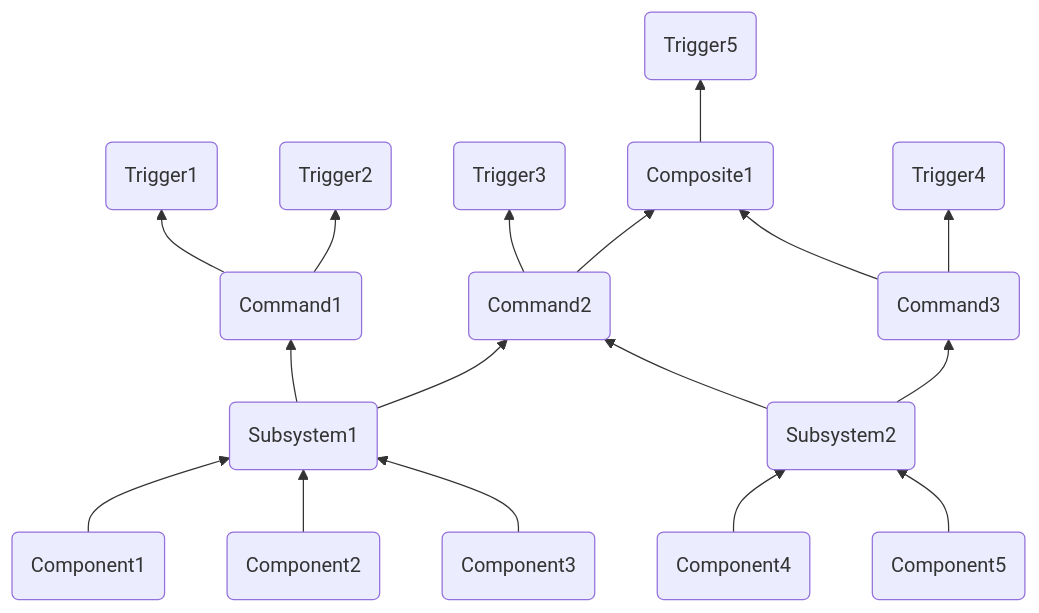
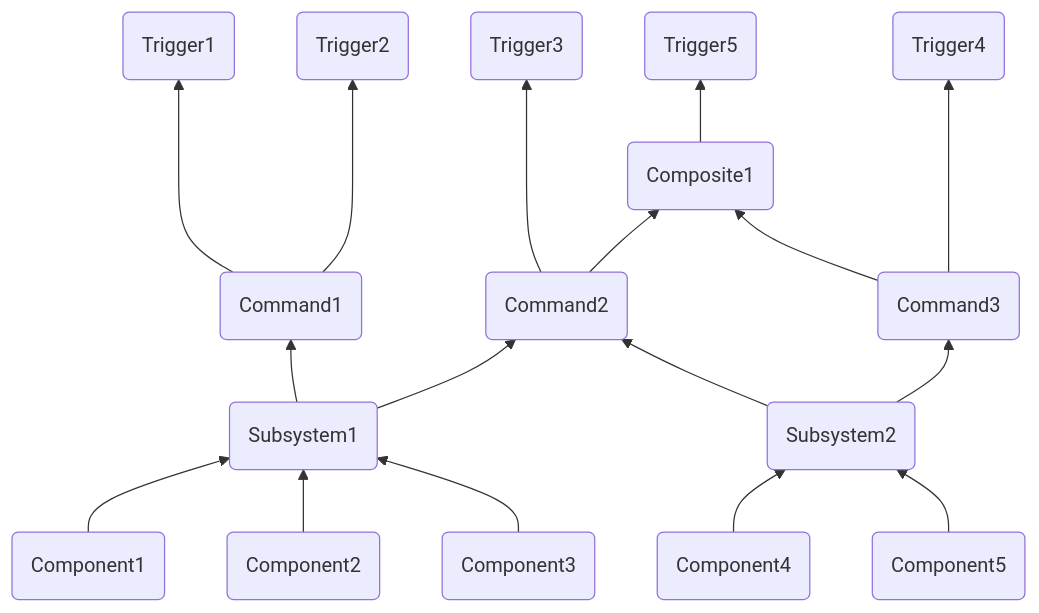
One commit to Brown-County-FIRST-Robotics/1716-2024-robot changed the diagram in docs/command_based.md. Above: the diagram before and after it, drawn with Mermaid.

Commit message:
Made the Mermaid diagram look nicer

````diff
--- a/docs/command_based.md
+++ b/docs/command_based.md
@@ -63,21 +63,21 @@
 ```mermaid
 flowchart BT
     c1(Component1) --> s1(Subsystem1)
     c2(Component2) --> s1
     c3(Component3) --> s1
     c4(Component4) --> s2(Subsystem2)
     c5(Component5) --> s2
 
     s1 --> C1(Command1)
     s1 --> C2(Command2)
     s2 --> C2
     s2 --> C3(Command3)
 
-    C1 --> T1(Trigger1)
-    C1 --> T2(Trigger2)
-    C2 --> T3(Trigger3)
+    C1 ---> T1(Trigger1)
+    C1 ---> T2(Trigger2)
+    C2 ---> T3(Trigger3)
     C2 --> C4(Composite1)
     C3 --> C4
-    C3 --> T4(Trigger4)
+    C3 ---> T4(Trigger4)
     C4 --> T5(Trigger5)
 ```
````
